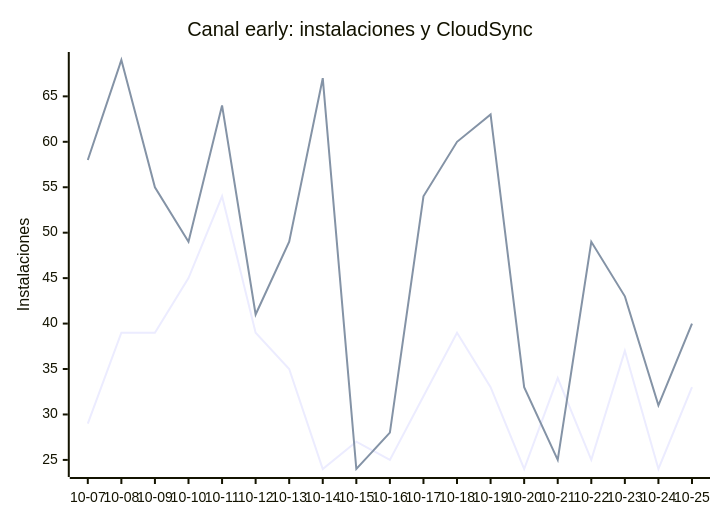
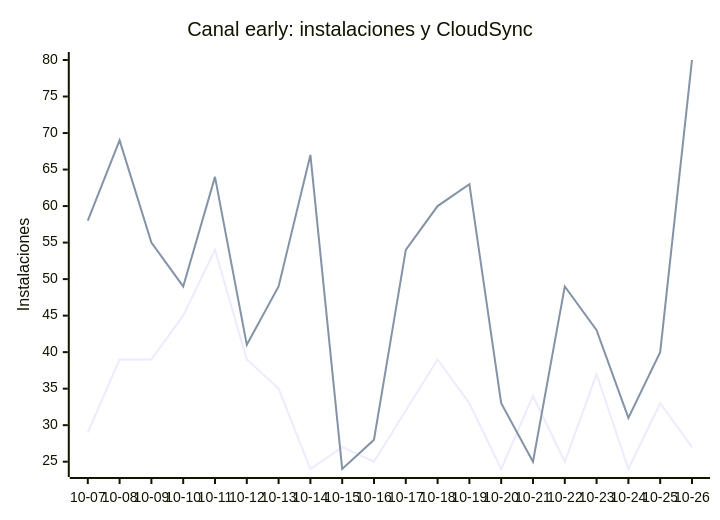
One commit to EmuDeck/stats changed the ninth of 9 diagrams in README.md. Above: the diagram before and after it, drawn with Mermaid. The commit also changed other lines of this file and 2 other files, not shown here.

````diff
--- a/README.md
+++ b/README.md
@@ -110,8 +110,8 @@
 ```mermaid
 xychart-beta
     title "Canal early: instalaciones y CloudSync"
-    x-axis ["10-07", "10-08", "10-09", "10-10", "10-11", "10-12", "10-13", "10-14", "10-15", "10-16", "10-17", "10-18", "10-19", "10-20", "10-21", "10-22", "10-23", "10-24", "10-25"]
+    x-axis ["10-07", "10-08", "10-09", "10-10", "10-11", "10-12", "10-13", "10-14", "10-15", "10-16", "10-17", "10-18", "10-19", "10-20", "10-21", "10-22", "10-23", "10-24", "10-25", "10-26"]
     y-axis "Instalaciones"
-    line [29, 39, 39, 45, 54, 39, 35, 24, 27, 25, 32, 39, 33, 24, 34, 25, 37, 24, 33]
-    line [58, 69, 55, 49, 64, 41, 49, 67, 24, 28, 54, 60, 63, 33, 25, 49, 43, 31, 40]
+    line [29, 39, 39, 45, 54, 39, 35, 24, 27, 25, 32, 39, 33, 24, 34, 25, 37, 24, 33, 27]
+    line [58, 69, 55, 49, 64, 41, 49, 67, 24, 28, 54, 60, 63, 33, 25, 49, 43, 31, 40, 80]
 ```
````
